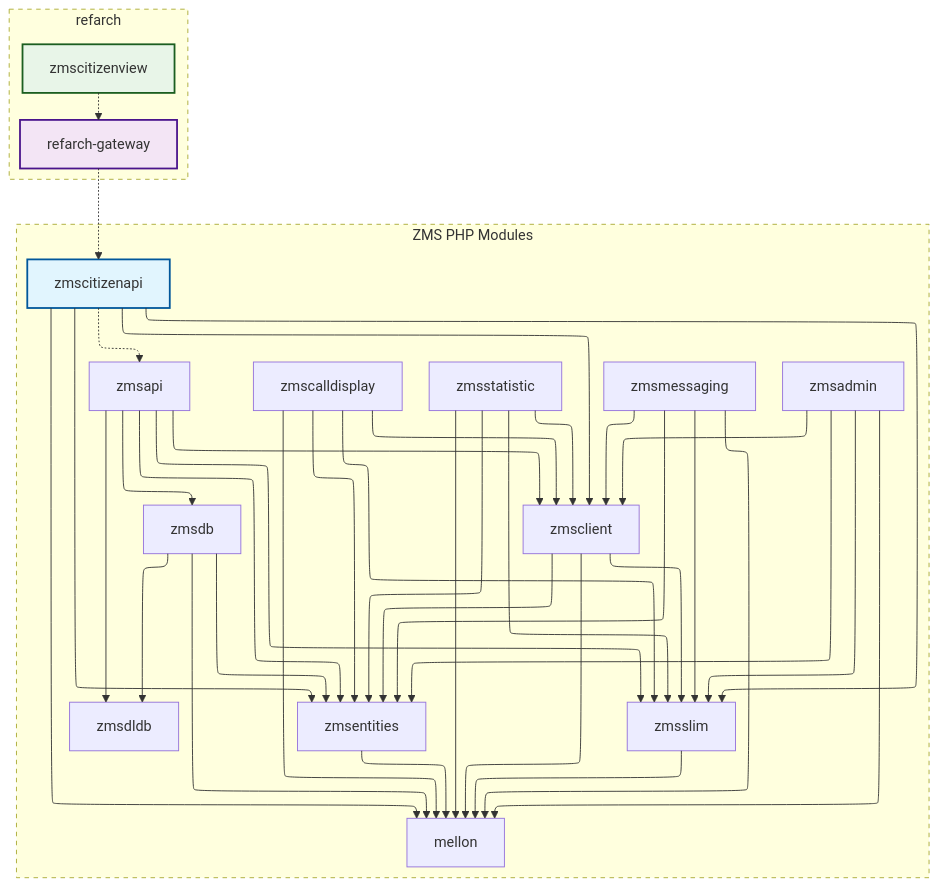
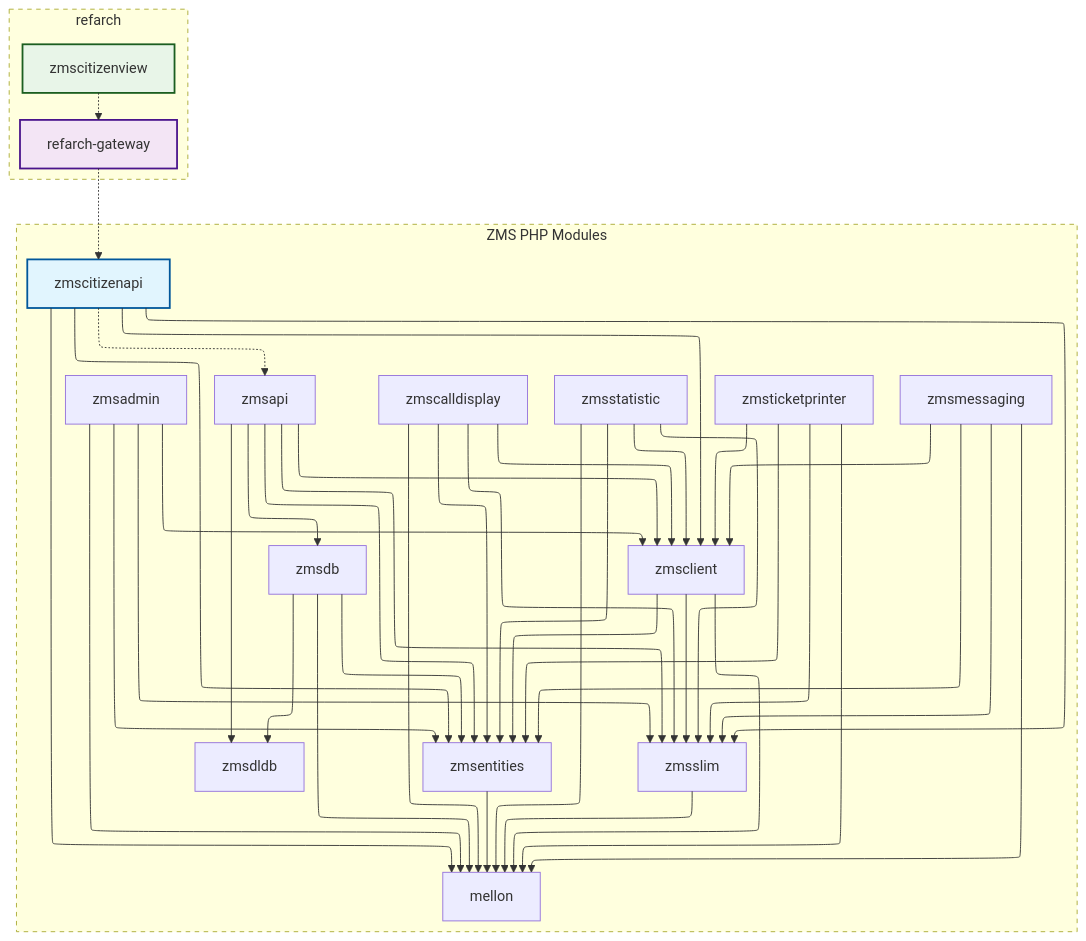
The second of 2 diagrams in README.md (it-at-m/eappointment), drawn with Mermaid before and after one commit.

Commit message:
chore(ZMSKVR): Update Dependency Graph include zmsticketprinter

````diff
--- a/README.md
+++ b/README.md
@@ -376,56 +376,58 @@
 ```mermaid
 %%{init: {"flowchart": {"defaultRenderer": "elk"}} }%%
 graph TD;
     %% Main ZMS module dependencies
     zmsapi --> zmsslim & zmsclient & zmsdldb & zmsdb & zmsentities;
     zmsadmin --> mellon & zmsclient & zmsslim & zmsentities;
     zmscalldisplay --> mellon & zmsclient & zmsentities & zmsslim;
     zmsstatistic --> mellon & zmsentities & zmsslim & zmsclient;
     zmsmessaging --> mellon & zmsclient & zmsentities & zmsslim;
+    zmsticketprinter --> mellon & zmsclient & zmsentities & zmsslim;
 
     zmsdb --> zmsentities & zmsdldb & mellon;
     zmsclient --> zmsentities & zmsslim & mellon;
     zmsentities --> mellon;
     zmsslim --> mellon;
 
     %% zmscitizenapi dependencies
     zmscitizenapi --> mellon & zmsslim & zmsclient & zmsentities;
 
     %% Build dependencies (dashed lines)
     zmscitizenapi -.-> zmsapi;
     refarch-gateway -.-> zmscitizenapi;
     zmscitizenview -.-> refarch-gateway;
 
     %% Group refarch-gateway and zmscitizenview into a subgraph
     subgraph refarch [refarch]
         style refarch stroke-dasharray: 5
         refarch-gateway
         zmscitizenview
     end
 
     %% Group remaining modules into dashed PHP-style subgraph
     subgraph zms_modules [ZMS PHP Modules]
         style zms_modules stroke-dasharray: 5, 5, 1, 5
         zmsapi
         zmsadmin
         zmscalldisplay
         zmsstatistic
         zmsmessaging
+        zmsticketprinter
         zmsdb
         zmsclient
         zmsentities
         zmsslim
         zmsdldb
         mellon
         zmscitizenapi
     end
 
     %% Styling for the three modules
     classDef citizenapi fill:#e1f5fe,stroke:#01579b,stroke-width:2px;
     classDef gateway fill:#f3e5f5,stroke:#4a148c,stroke-width:2px;
     classDef citizenview fill:#e8f5e8,stroke:#1b5e20,stroke-width:2px;
 
     class zmscitizenapi citizenapi;
     class refarch-gateway gateway;
     class zmscitizenview citizenview;
 ```
````
